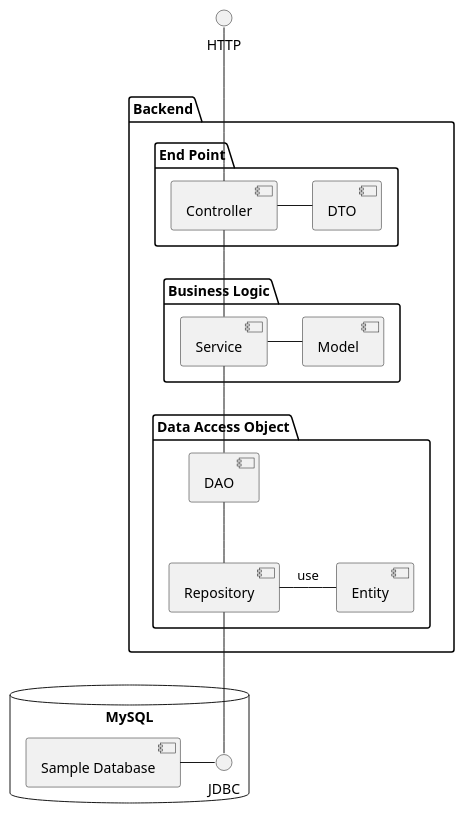
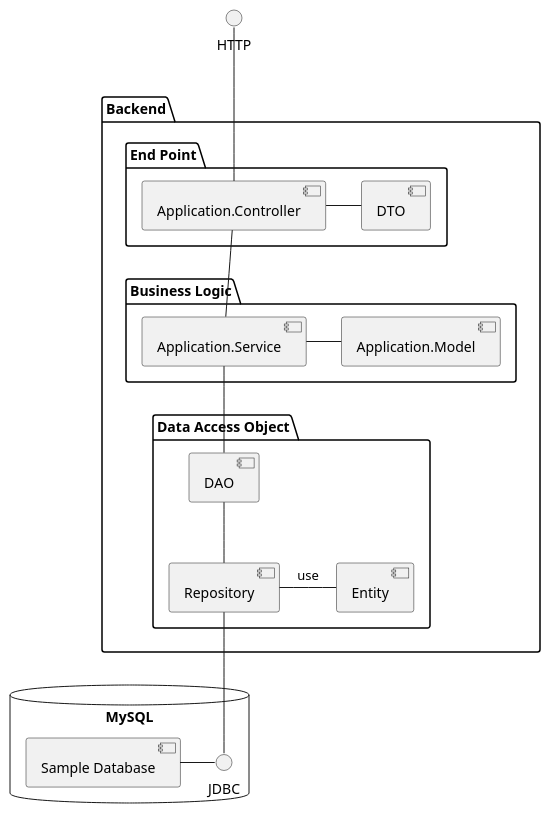
Before and after one commit to duszka-akos-attila/customer_project: the diagram in architecture.puml, drawn with PlantUML. The commit also changed 375 other files, not shown here.

```diff
--- a/architecture.puml
+++ b/architecture.puml
@@ -1,32 +1,32 @@
 @startuml
 
 package "Backend" {
 
     package "End Point" {
-        [Controller] - [DTO]
+        [Application.Controller] - [DTO]
     }
 
     package "Business Logic" {
-        [Service] - [Model]
+        [Application.Service] - [Application.Model]
     }
 
     package "Data Access Object" {
         [DAO] -down- [Repository]
         [Repository] -right- [Entity] : use
     }
 
-    [Controller] -down- [Service]
-    [Service] -down- [DAO]
+    [Application.Controller] -down- [Application.Service]
+    [Application.Service] -down- [DAO]
 
 }
 
 database "MySQL" {
 JDBC -left- [Sample Database]
 }
 
 
-HTTP -down- [Controller]
+HTTP -down- [Application.Controller]
 [Repository] -down- JDBC
 
 
 @enduml
```
